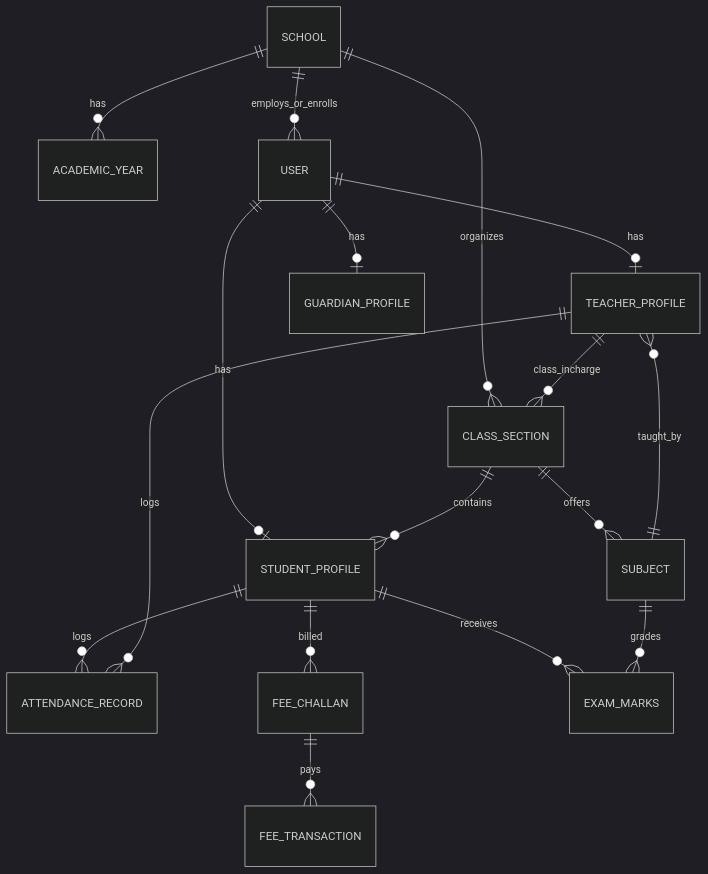
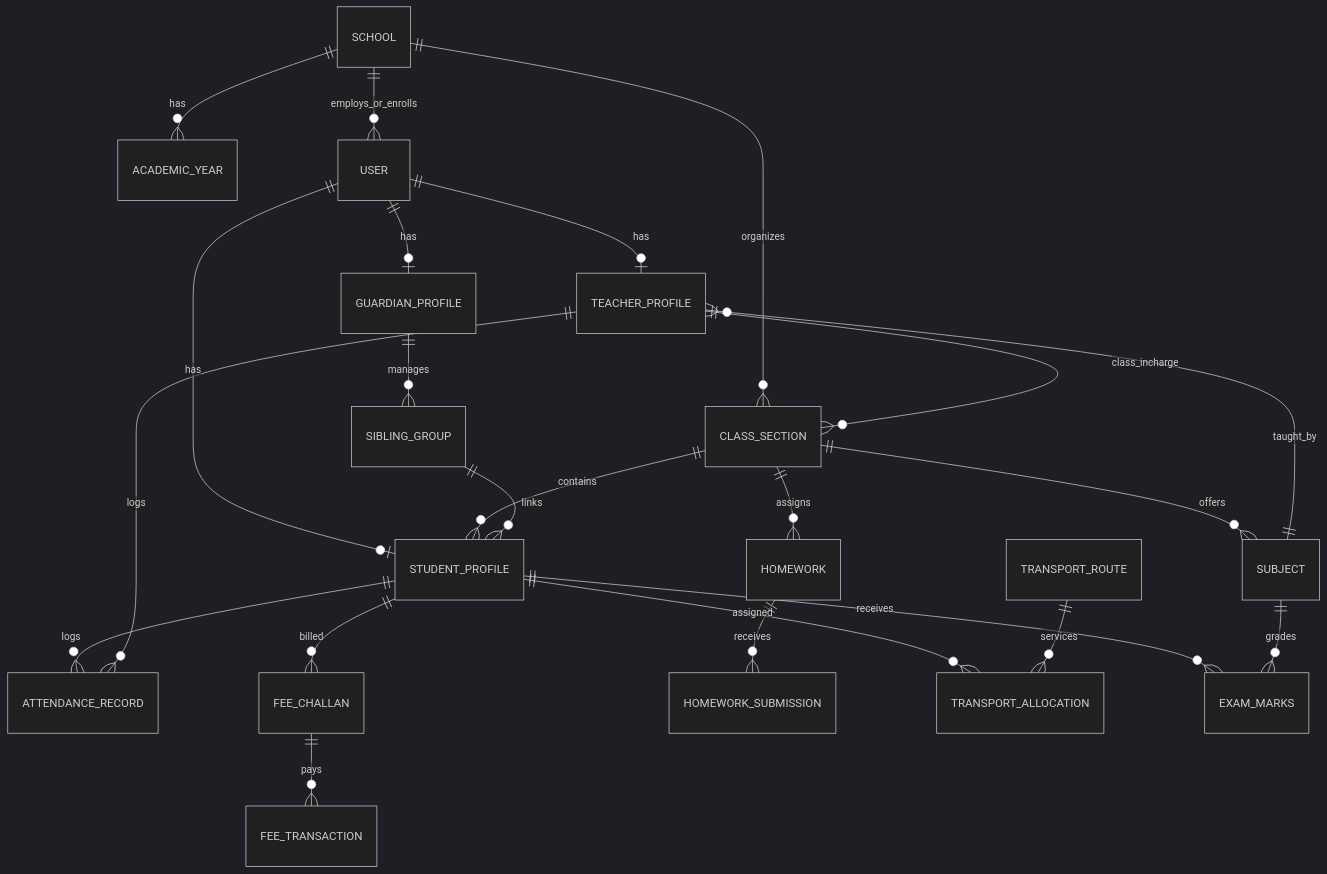
Before and after one commit to ZainabAnwer/sms: the diagram in 01_SYSTEM_ARCHITECTURE_AND_TECH_STACK.md, drawn with Mermaid (dark theme). The commit also changed other lines of this file and 1 other file, not shown here.

Commit message:
docs: integrate mobile payments, sibling discounts, bulk excel import, transport fleet, and homework diary into architecture & roadmap

````diff
--- a/01_SYSTEM_ARCHITECTURE_AND_TECH_STACK.md
+++ b/01_SYSTEM_ARCHITECTURE_AND_TECH_STACK.md
@@ -114,24 +122,33 @@
 ```mermaid
 erDiagram
     SCHOOL ||--o{ ACADEMIC_YEAR : has
     SCHOOL ||--o{ USER : employs_or_enrolls
     SCHOOL ||--o{ CLASS_SECTION : organizes
     
     USER ||--o| TEACHER_PROFILE : has
     USER ||--o| STUDENT_PROFILE : has
     USER ||--o| GUARDIAN_PROFILE : has
     
     CLASS_SECTION ||--o{ STUDENT_PROFILE : contains
     CLASS_SECTION ||--o{ SUBJECT : offers
     TEACHER_PROFILE ||--o{ CLASS_SECTION : class_incharge
     
     SUBJECT ||--o{ TEACHER_PROFILE : taught_by
     STUDENT_PROFILE ||--o{ ATTENDANCE_RECORD : logs
     TEACHER_PROFILE ||--o{ ATTENDANCE_RECORD : logs
     
+    GUARDIAN_PROFILE ||--o{ SIBLING_GROUP : manages
+    SIBLING_GROUP ||--o{ STUDENT_PROFILE : links
+    
     STUDENT_PROFILE ||--o{ FEE_CHALLAN : billed
     FEE_CHALLAN ||--o{ FEE_TRANSACTION : pays
+    
+    CLASS_SECTION ||--o{ HOMEWORK : assigns
+    HOMEWORK ||--o{ HOMEWORK_SUBMISSION : receives
+    
+    STUDENT_PROFILE ||--o{ TRANSPORT_ALLOCATION : assigned
+    TRANSPORT_ROUTE ||--o{ TRANSPORT_ALLOCATION : services
     
     STUDENT_PROFILE ||--o{ EXAM_MARKS : receives
     SUBJECT ||--o{ EXAM_MARKS : grades
 ```
````
